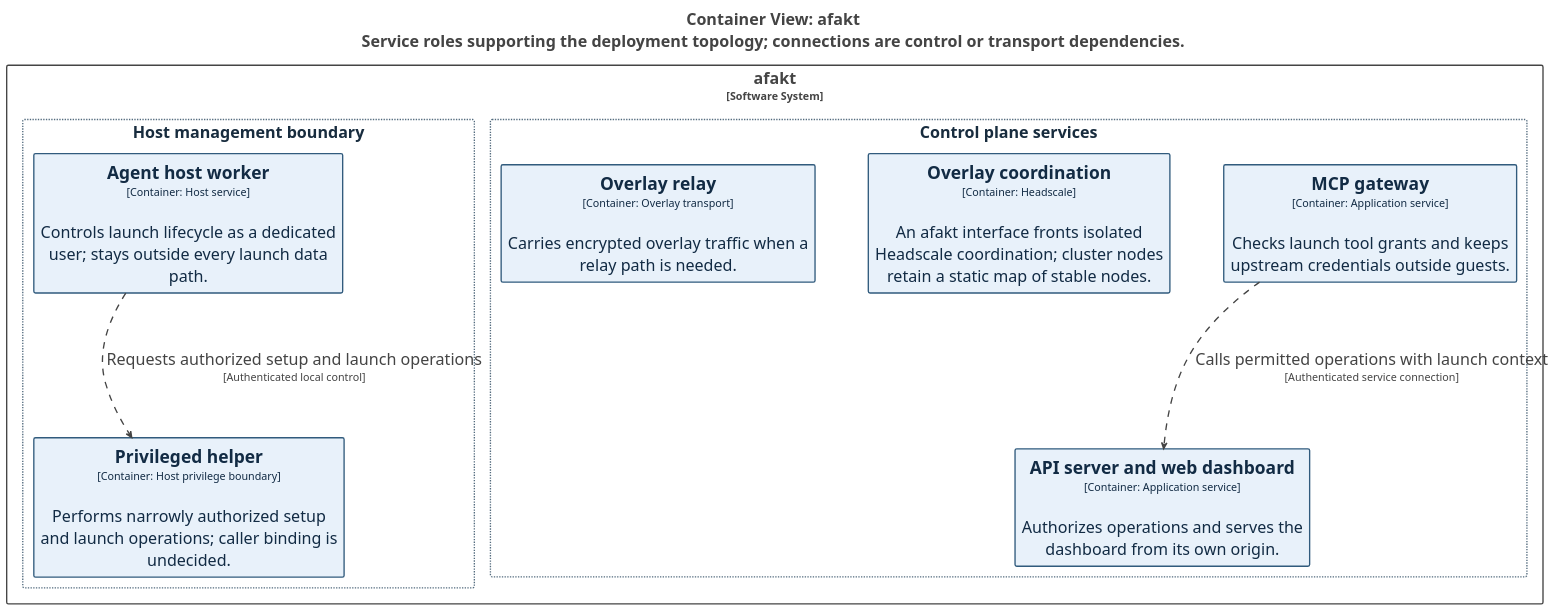
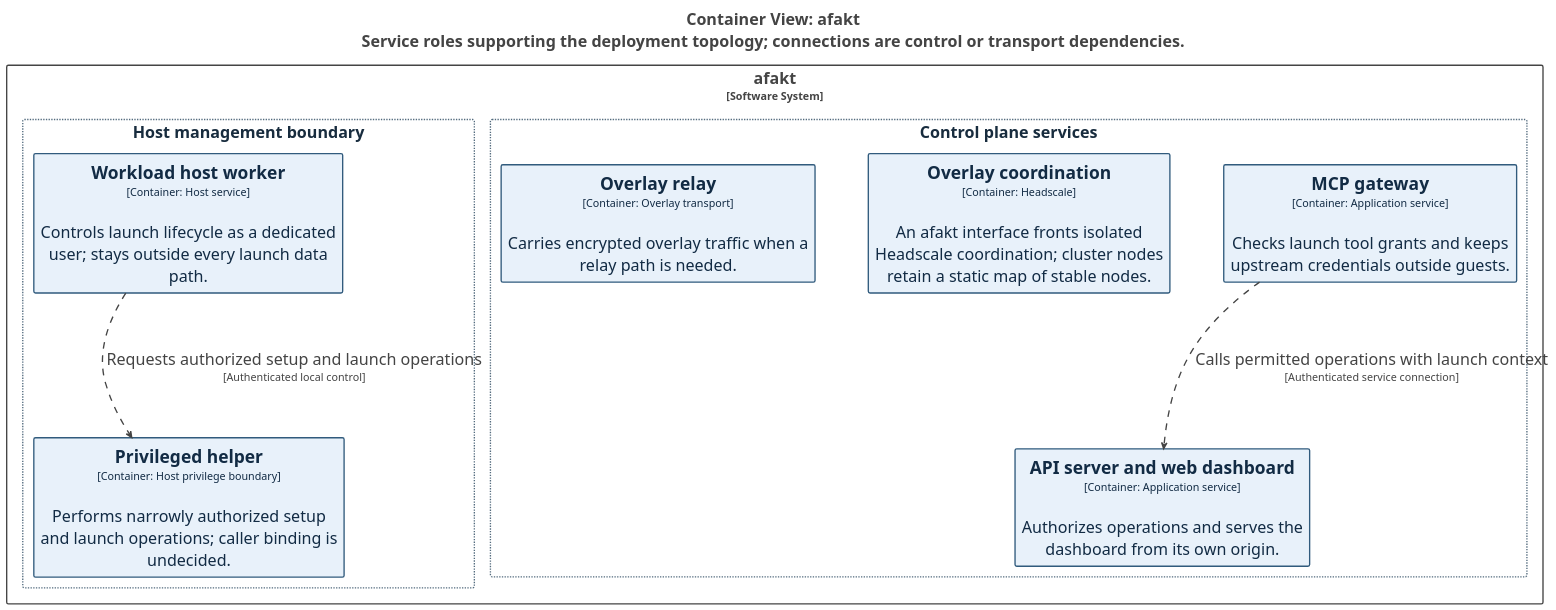
Before and after one commit to tbhb-dev/afakt: the diagram in docs/diagrams/structurizr-network-service-boundaries.puml, drawn with PlantUML. The commit also changed 143 other files, not shown here.

```diff
--- a/docs/diagrams/structurizr-network-service-boundaries.puml
+++ b/docs/diagrams/structurizr-network-service-boundaries.puml
@@ -1,94 +1,94 @@
 @startuml
 title <size:24>Container View: afakt</size>\n<size:24>Service roles supporting the deployment topology; connections are control or transport dependencies.</size>
 
 set separator none
 top to bottom direction
 skinparam ranksep 20
 skinparam nodesep 5
 hide stereotype
 
 skinparam {
   nodesep 80
   ranksep 160
 }
 
 <style>
   root {
     BackgroundColor: #ffffff;
     FontColor: #444444;
   }
   // Element,Topology
   .Element-RWxlbWVudCxUb3BvbG9neQ== {
     BackgroundColor: #e8f1fa;
     LineColor: #315b7d;
     LineStyle: 0;
     LineThickness: 2;
     FontColor: #122b44;
     FontSize: 24;
     HorizontalAlignment: center;
     Shadowing: 0;
     MaximumWidth: 450;
   }
   // Relationship
   .Relationship-UmVsYXRpb25zaGlw {
     LineThickness: 2;
     LineStyle: 10-10;
     LineColor: #444444;
     FontColor: #444444;
     FontSize: 24;
     MaximumWidth: 200;
   }
   // afakt
   .Boundary-YWZha3Q= {
     BackgroundColor: #ffffff;
     LineColor: #444444;
     LineStyle: 0;
     LineThickness: 2;
     FontColor: #444444;
     FontSize: 24;
     HorizontalAlignment: center;
     Shadowing: 0;
   }
   // Control plane services
   .Group-Q29udHJvbCBwbGFuZSBzZXJ2aWNlcw== {
     BackgroundColor: #ffffff;
     LineColor: #536b7e;
     LineStyle: 2-2;
     LineThickness: 2;
     FontColor: #182c3e;
     FontSize: 24;
     HorizontalAlignment: center;
     Shadowing: 0;
   }
   // Host management boundary
   .Group-SG9zdCBtYW5hZ2VtZW50IGJvdW5kYXJ5 {
     BackgroundColor: #ffffff;
     LineColor: #536b7e;
     LineStyle: 2-2;
     LineThickness: 2;
     FontColor: #182c3e;
     FontSize: 24;
     HorizontalAlignment: center;
     Shadowing: 0;
   }
 </style>
 
 rectangle "afakt\n<size:16>[Software System]</size>" <<Boundary-YWZha3Q=>> {
   rectangle "Control plane services" <<Group-Q29udHJvbCBwbGFuZSBzZXJ2aWNlcw==>> as group1 {
     rectangle "==API server and web dashboard\n<size:16>[Container: Application service]</size>\n\nAuthorizes operations and serves the dashboard from its own origin." <<Element-RWxlbWVudCxUb3BvbG9neQ==>> as afakt.APIserverandwebdashboard
     rectangle "==MCP gateway\n<size:16>[Container: Application service]</size>\n\nChecks launch tool grants and keeps upstream credentials outside guests." <<Element-RWxlbWVudCxUb3BvbG9neQ==>> as afakt.MCPgateway
     rectangle "==Overlay coordination\n<size:16>[Container: Headscale]</size>\n\nAn afakt interface fronts isolated Headscale coordination; cluster nodes retain a static map of stable nodes." <<Element-RWxlbWVudCxUb3BvbG9neQ==>> as afakt.Overlaycoordination
     rectangle "==Overlay relay\n<size:16>[Container: Overlay transport]</size>\n\nCarries encrypted overlay traffic when a relay path is needed." <<Element-RWxlbWVudCxUb3BvbG9neQ==>> as afakt.Overlayrelay
   }
 
   rectangle "Host management boundary" <<Group-SG9zdCBtYW5hZ2VtZW50IGJvdW5kYXJ5>> as group2 {
-    rectangle "==Agent host worker\n<size:16>[Container: Host service]</size>\n\nControls launch lifecycle as a dedicated user; stays outside every launch data path." <<Element-RWxlbWVudCxUb3BvbG9neQ==>> as afakt.Agenthostworker
+    rectangle "==Workload host worker\n<size:16>[Container: Host service]</size>\n\nControls launch lifecycle as a dedicated user; stays outside every launch data path." <<Element-RWxlbWVudCxUb3BvbG9neQ==>> as afakt.Workloadhostworker
     rectangle "==Privileged helper\n<size:16>[Container: Host privilege boundary]</size>\n\nPerforms narrowly authorized setup and launch operations; caller binding is undecided." <<Element-RWxlbWVudCxUb3BvbG9neQ==>> as afakt.Privilegedhelper
   }
 
 }
 
-afakt.Agenthostworker --> afakt.Privilegedhelper <<Relationship-UmVsYXRpb25zaGlw>> : "Requests authorized setup and launch operations\n<size:16>[Authenticated local control]</size>"
+afakt.Workloadhostworker --> afakt.Privilegedhelper <<Relationship-UmVsYXRpb25zaGlw>> : "Requests authorized setup and launch operations\n<size:16>[Authenticated local control]</size>"
 afakt.MCPgateway --> afakt.APIserverandwebdashboard <<Relationship-UmVsYXRpb25zaGlw>> : "Calls permitted operations with launch context\n<size:16>[Authenticated service connection]</size>"
 
 @enduml
```
